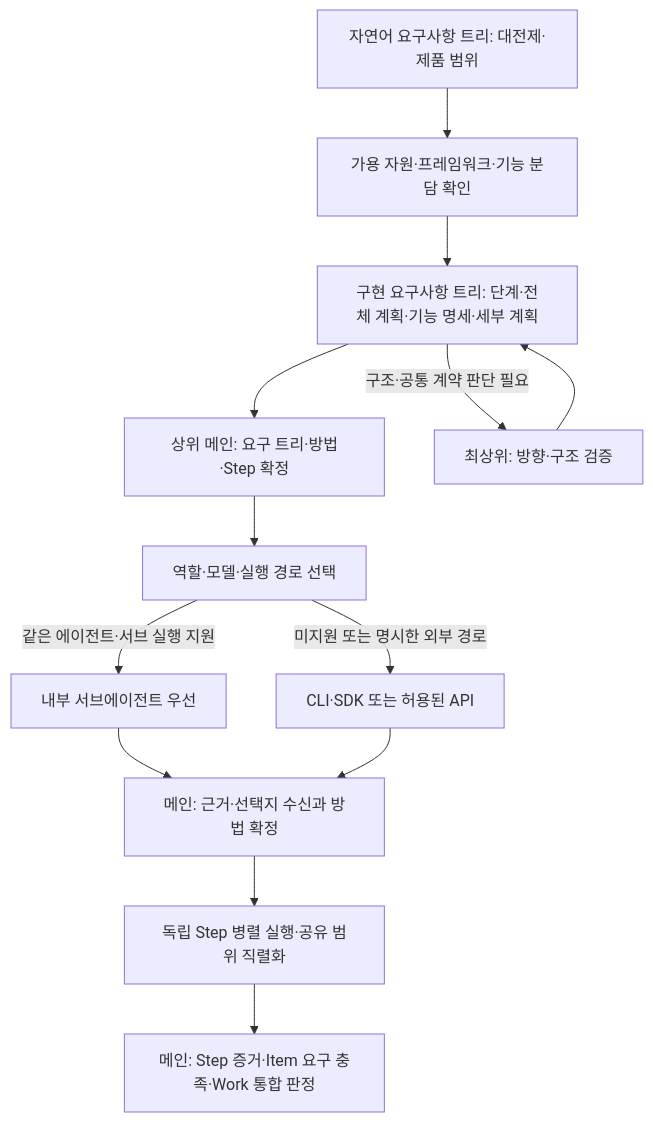
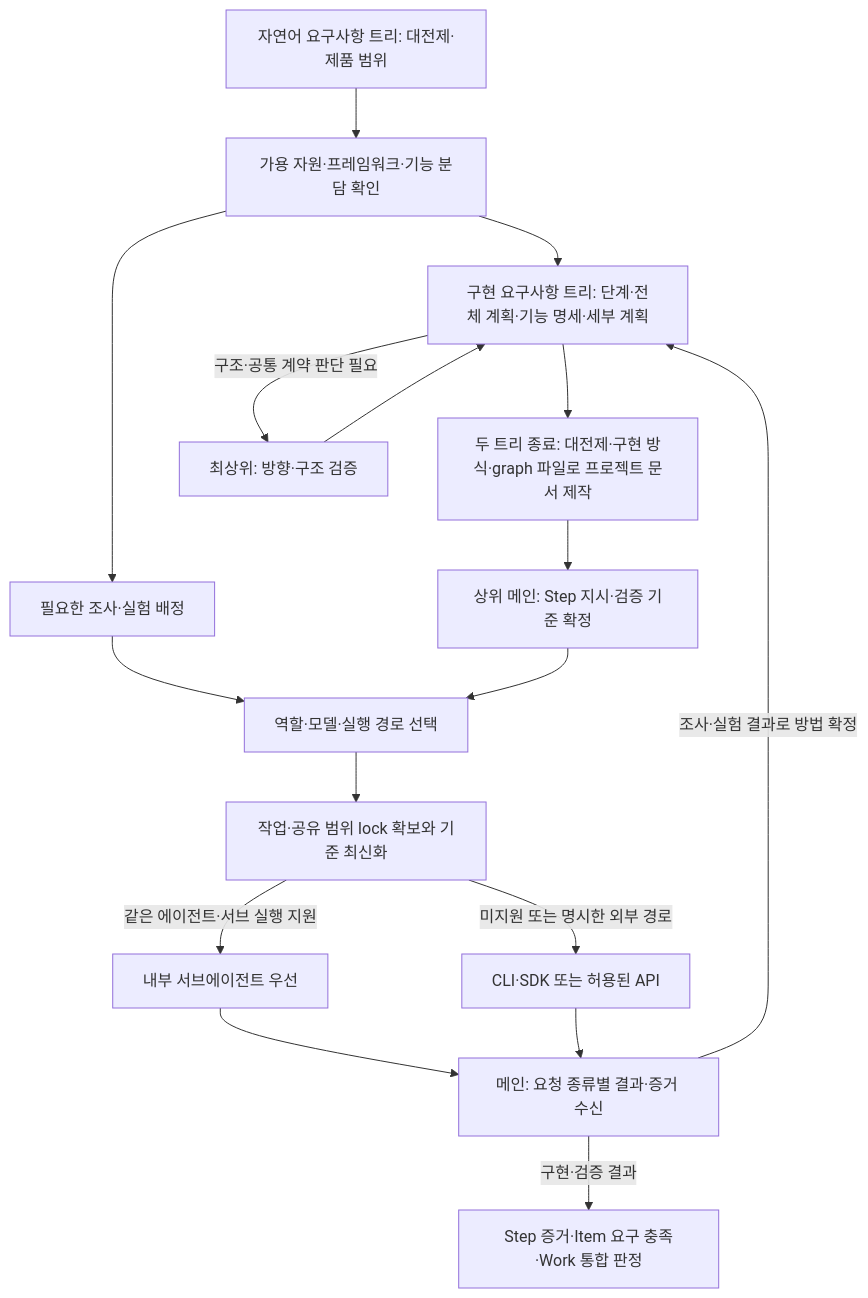
One commit to wnwjdals7498/j-ai-plugin changed the diagram in proj-mgmt-tool/docs/02-model-routing.md. Above: the diagram before and after it, drawn with Mermaid. The commit also changed other lines of this file and 1 other file, not shown here.

````diff
--- a/proj-mgmt-tool/docs/02-model-routing.md
+++ b/proj-mgmt-tool/docs/02-model-routing.md
@@ -9,15 +9,19 @@
 ```mermaid
 flowchart TD
     Needs[자연어 요구사항 트리: 대전제·제품 범위] --> Resources[가용 자원·프레임워크·기능 분담 확인]
     Resources --> Impl[구현 요구사항 트리: 단계·전체 계획·기능 명세·세부 계획]
-    Impl --> Main
-    Main[상위 메인: 요구 트리·방법·Step 확정] --> Route[역할·모델·실행 경로 선택]
+    Impl --> Docs[두 트리 종료: 대전제·구현 방식·graph 파일로 프로젝트 문서 제작]
+    Docs --> Main[상위 메인: Step 지시·검증 기준 확정]
     Impl -->|구조·공통 계약 판단 필요| Top[최상위: 방향·구조 검증]
     Top --> Impl
-    Route -->|같은 에이전트·서브 실행 지원| Sub[내부 서브에이전트 우선]
-    Route -->|미지원 또는 명시한 외부 경로| External[CLI·SDK 또는 허용된 API]
-    Sub --> Choice[메인: 근거·선택지 수신과 방법 확정]
-    External --> Choice
-    Choice --> Parallel[독립 Step 병렬 실행·공유 범위 직렬화]
-    Parallel --> Finish[메인: Step 증거·Item 요구 충족·Work 통합 판정]
+    Resources --> Research[필요한 조사·실험 배정]
+    Research --> Route[역할·모델·실행 경로 선택]
+    Main --> Route
+    Route --> Lock[작업·공유 범위 lock 확보와 기준 최신화]
+    Lock -->|같은 에이전트·서브 실행 지원| Sub[내부 서브에이전트 우선]
+    Lock -->|미지원 또는 명시한 외부 경로| External[CLI·SDK 또는 허용된 API]
+    Sub --> Result[메인: 요청 종류별 결과·증거 수신]
+    External --> Result
+    Result -->|조사·실험 결과로 방법 확정| Impl
+    Result -->|구현·검증 결과| Finish[Step 증거·Item 요구 충족·Work 통합 판정]
 ```
````
